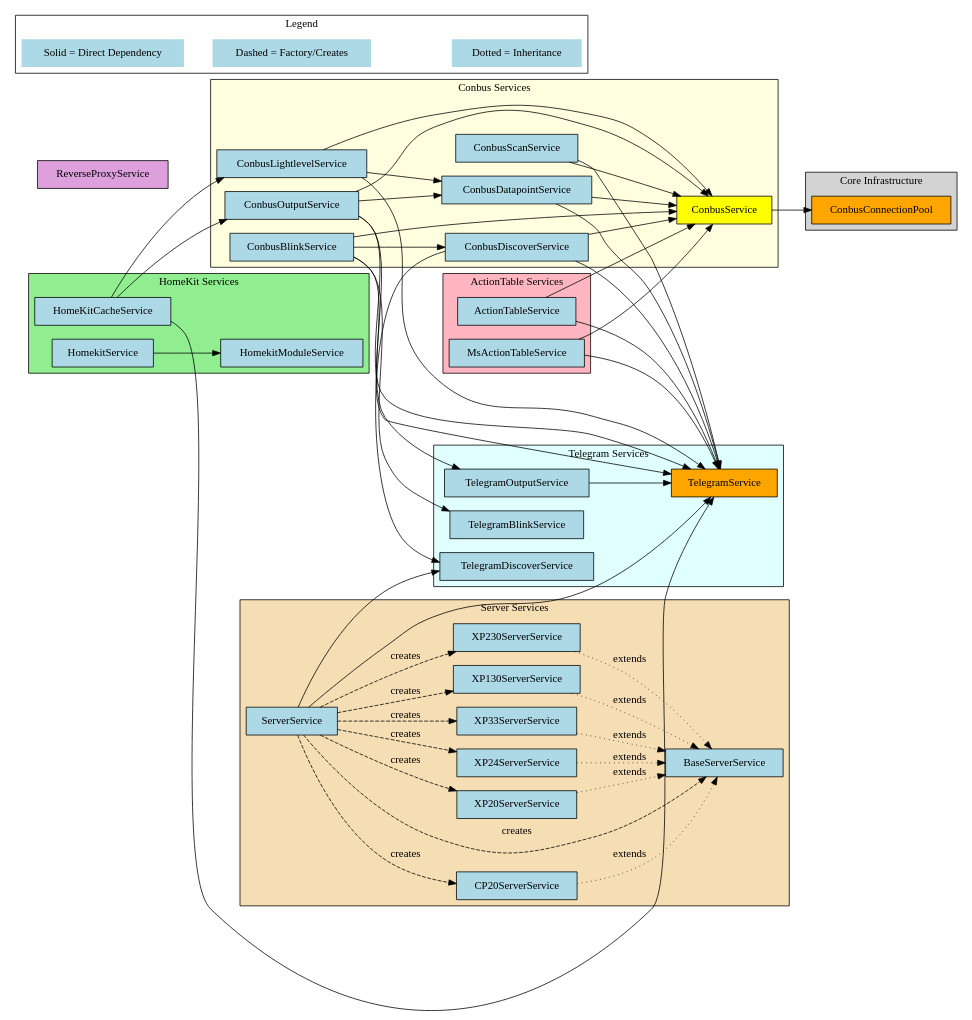
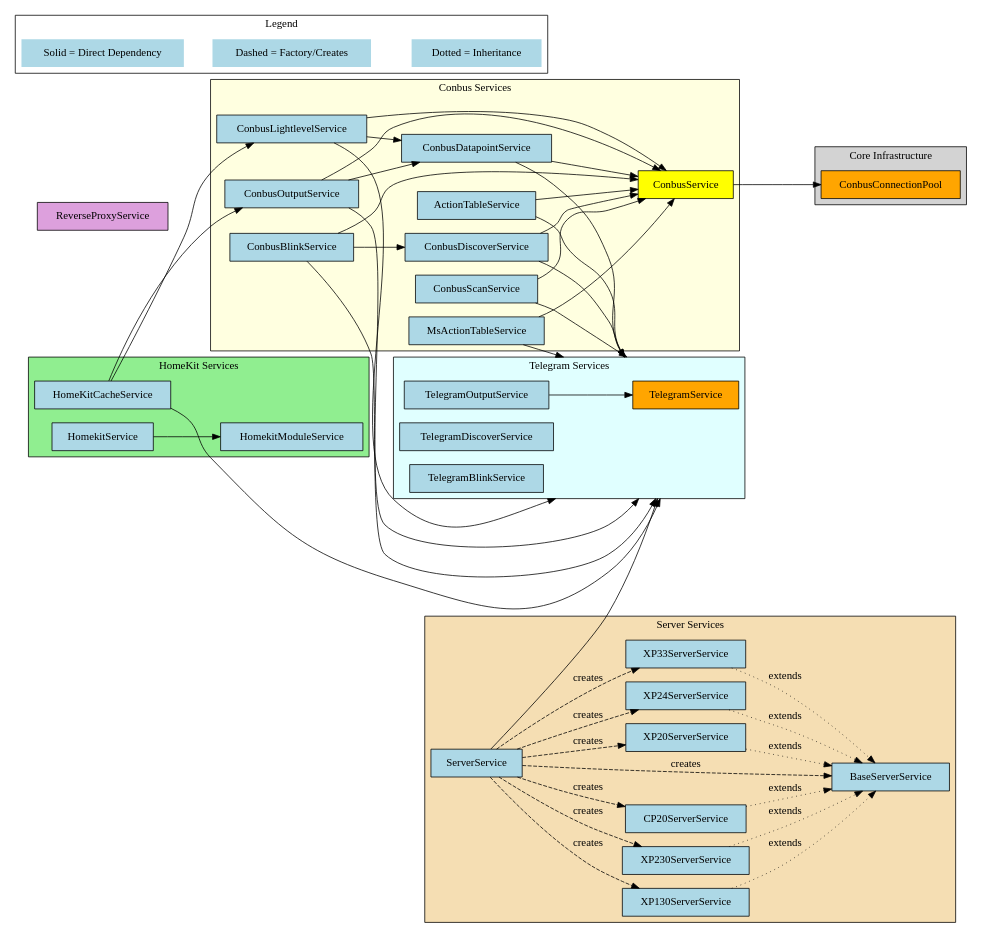
Before and after one commit to lduchosal/xp: the diagram in doc/Service-Dependencies.dot, drawn with Graphviz. The commit also changed 18 other files, not shown here.

Commit message:
refactor: actiontable / conbus.actiontable

```diff
--- a/doc/Service-Dependencies.dot
+++ b/doc/Service-Dependencies.dot
@@ -1,168 +1,159 @@
 digraph ServiceDependencies {
     // Graph settings
     rankdir=LR;
+    compound=true;
     node [shape=box, style=filled, fillcolor=lightblue];
 
     // Core infrastructure layer
     subgraph cluster_core {
         label="Core Infrastructure";
         style=filled;
         fillcolor=lightgray;
 
         ConbusConnectionPool [fillcolor=orange];
     }
 
     // Conbus services layer
     subgraph cluster_conbus {
         label="Conbus Services";
         style=filled;
         fillcolor=lightyellow;
 
         ConbusService [fillcolor=yellow];
         ConbusDatapointService;
         ConbusOutputService;
         ConbusScanService;
         ConbusDiscoverService;
         ConbusBlinkService;
         ConbusLightlevelService;
+
+        ActionTableService;
+        MsActionTableService;
+
     }
 
     // Telegram services layer
     subgraph cluster_telegram {
         label="Telegram Services";
         style=filled;
         fillcolor=lightcyan;
 
         TelegramService [fillcolor=orange];
         TelegramOutputService;
         TelegramDiscoverService;
         TelegramBlinkService;
-    }
-
-    // ActionTable services layer
-    subgraph cluster_actiontable {
-        label="ActionTable Services";
-        style=filled;
-        fillcolor=lightpink;
-
-        ActionTableService;
-        MsActionTableService;
     }
 
     // HomeKit services layer
     subgraph cluster_homekit {
         label="HomeKit Services";
         style=filled;
         fillcolor=lightgreen;
 
         HomekitService;
         HomekitModuleService;
         HomeKitCacheService;
     }
 
     // Server services layer
     subgraph cluster_server {
         label="Server Services";
         style=filled;
         fillcolor=wheat;
 
         ServerService;
         BaseServerService;
         XP20ServerService;
         XP24ServerService;
         XP33ServerService;
         XP130ServerService;
         XP230ServerService;
         CP20ServerService;
     }
 
     // Other services
     ReverseProxyService [fillcolor=plum];
 
     // Core dependencies
     ConbusService -> ConbusConnectionPool;
 
     // ConbusDatapointService dependencies
     ConbusDatapointService -> ConbusService;
-    ConbusDatapointService -> TelegramService;
+    ConbusDatapointService -> TelegramService [lhead=cluster_telegram];
 
     // ConbusOutputService dependencies
     ConbusOutputService -> ConbusService;
     ConbusOutputService -> ConbusDatapointService;
-    ConbusOutputService -> TelegramService;
-    ConbusOutputService -> TelegramOutputService;
+    ConbusOutputService -> TelegramService [lhead=cluster_telegram];
 
     // ConbusScanService dependencies
     ConbusScanService -> ConbusService;
-    ConbusScanService -> TelegramService;
+    ConbusScanService -> TelegramService [lhead=cluster_telegram];
 
     // ConbusDiscoverService dependencies
     ConbusDiscoverService -> ConbusService;
-    ConbusDiscoverService -> TelegramService;
-    ConbusDiscoverService -> TelegramDiscoverService;
+    ConbusDiscoverService -> TelegramService [lhead=cluster_telegram];
 
     // ConbusBlinkService dependencies
     ConbusBlinkService -> ConbusService;
     ConbusBlinkService -> ConbusDiscoverService;
-    ConbusBlinkService -> TelegramService;
-    ConbusBlinkService -> TelegramBlinkService;
+    ConbusBlinkService -> TelegramService [lhead=cluster_telegram];
 
     // ConbusLightlevelService dependencies
     ConbusLightlevelService -> ConbusService;
     ConbusLightlevelService -> ConbusDatapointService;
-    ConbusLightlevelService -> TelegramService;
+    ConbusLightlevelService -> TelegramService [lhead=cluster_telegram];
 
     // ActionTableService dependencies
     ActionTableService -> ConbusService;
-    ActionTableService -> TelegramService;
+    ActionTableService -> TelegramService [lhead=cluster_telegram];
 
     // MsActionTableService dependencies
     MsActionTableService -> ConbusService;
-    MsActionTableService -> TelegramService;
+    MsActionTableService -> TelegramService [lhead=cluster_telegram];
 
     // HomeKitCacheService dependencies
     HomeKitCacheService -> ConbusOutputService;
     HomeKitCacheService -> ConbusLightlevelService;
-    HomeKitCacheService -> TelegramService;
+    HomeKitCacheService -> TelegramService [lhead=cluster_telegram];
 
     // HomekitService dependencies
     HomekitService -> HomekitModuleService;
 
     // ServerService dependencies
-    ServerService -> TelegramService;
-    ServerService -> TelegramDiscoverService;
+    ServerService -> TelegramService [lhead=cluster_telegram];
     ServerService -> BaseServerService [style=dashed, label="creates"];
     ServerService -> XP20ServerService [style=dashed, label="creates"];
     ServerService -> XP24ServerService [style=dashed, label="creates"];
     ServerService -> XP33ServerService [style=dashed, label="creates"];
     ServerService -> XP130ServerService [style=dashed, label="creates"];
     ServerService -> XP230ServerService [style=dashed, label="creates"];
     ServerService -> CP20ServerService [style=dashed, label="creates"];
 
     // Server inheritance (all server services extend BaseServerService)
     XP20ServerService -> BaseServerService [style=dotted, label="extends"];
     XP24ServerService -> BaseServerService [style=dotted, label="extends"];
     XP33ServerService -> BaseServerService [style=dotted, label="extends"];
     XP130ServerService -> BaseServerService [style=dotted, label="extends"];
     XP230ServerService -> BaseServerService [style=dotted, label="extends"];
     CP20ServerService -> BaseServerService [style=dotted, label="extends"];
 
     // TelegramOutputService dependencies
     TelegramOutputService -> TelegramService;
 
     // Legend
     subgraph cluster_legend {
         label="Legend";
         style=filled;
         fillcolor=white;
 
         node [shape=plaintext];
         edge [style=solid];
         legend1 [label="Solid = Direct Dependency"];
         legend2 [label="Dashed = Factory/Creates"];
         legend3 [label="Dotted = Inheritance"];
 
         legend1 -> legend2 [style=invis];
         legend2 -> legend3 [style=invis];
     }
 }
```
